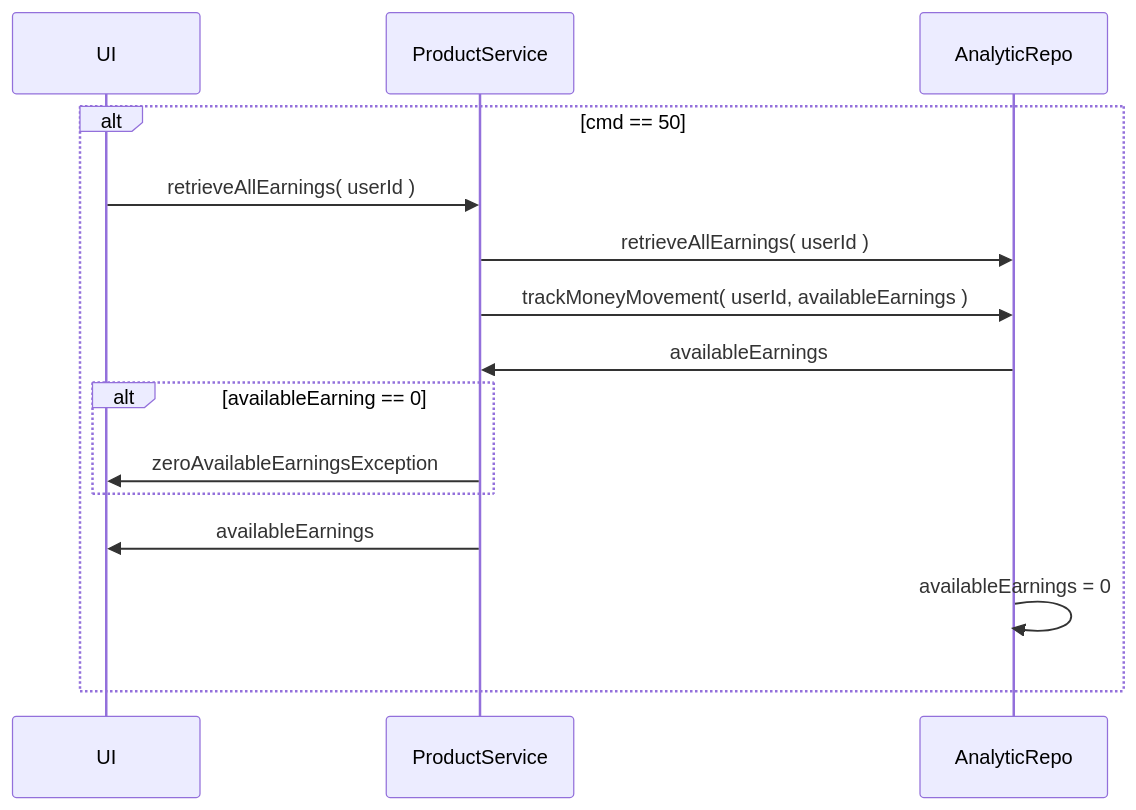
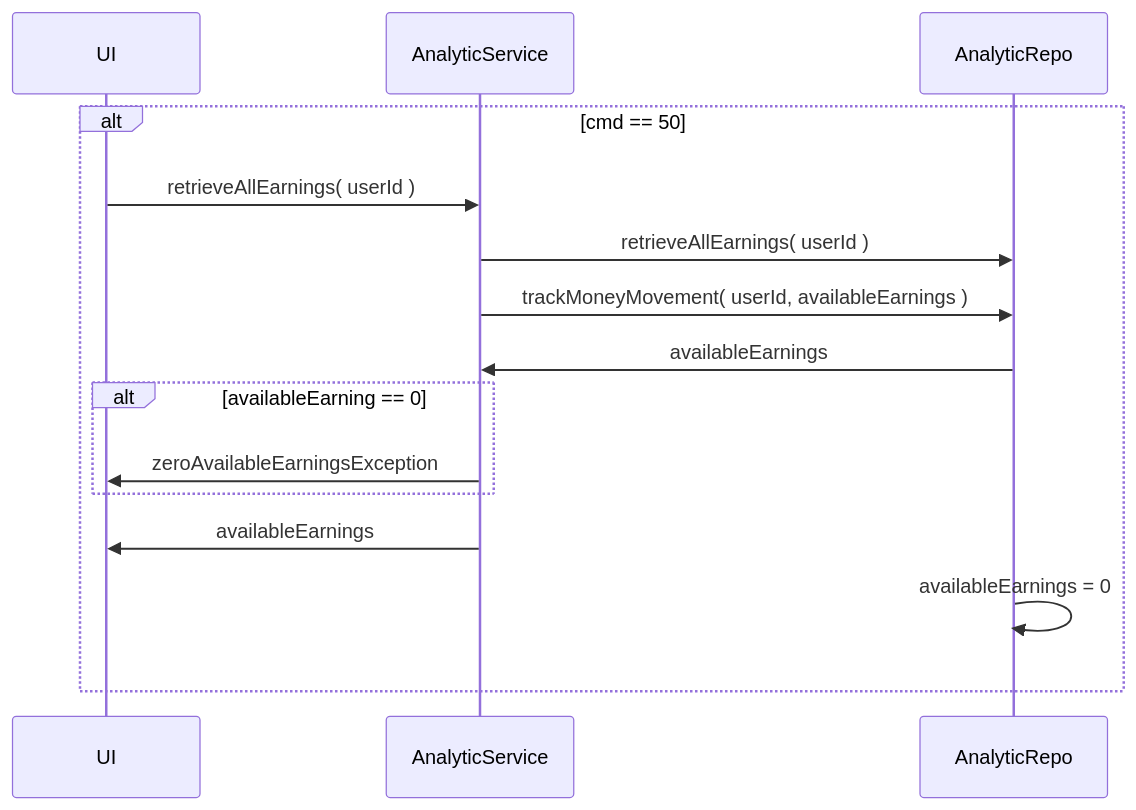
Diagram 14 of 14 in README.md (Apameus/Vending_Machine), drawn with Mermaid before and after one commit. The commit also changed other lines of this file and 8 other files, not shown here.

Commit message:
Command functionality when AuthorizedUser is logged in & Changed at Technical Doc about AnalyticService

````diff
--- a/README.md
+++ b/README.md
@@ -295,19 +295,19 @@
 ```mermaid
 sequenceDiagram
 participant UI
-participant PS as ProductService
+participant AS as AnalyticService
 participant AR as AnalyticRepo
 
 
 alt cmd == 50
-UI ->> PS: retrieveAllEarnings( userId )
-PS ->> AR: retrieveAllEarnings( userId )
-    PS ->> AR: trackMoneyMovement( userId, availableEarnings )
-    AR ->> PS: availableEarnings
+UI ->> AS: retrieveAllEarnings( userId )
+AS ->> AR: retrieveAllEarnings( userId )
+    AS ->> AR: trackMoneyMovement( userId, availableEarnings )
+    AR ->> AS: availableEarnings
         alt availableEarning == 0
-        PS ->> UI: zeroAvailableEarningsException
+        AS ->> UI: zeroAvailableEarningsException
         end
-    PS ->> UI: availableEarnings
+    AS ->> UI: availableEarnings
 AR ->> AR: availableEarnings = 0
 end
 ```
````
